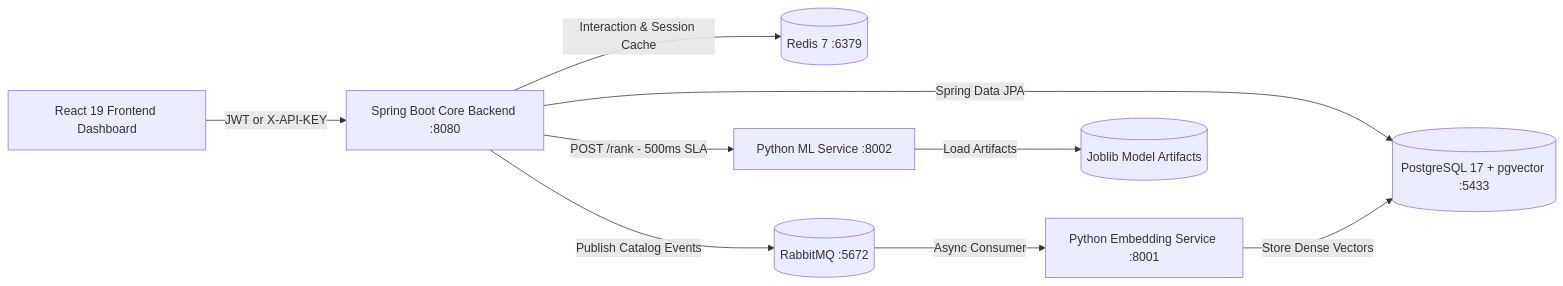
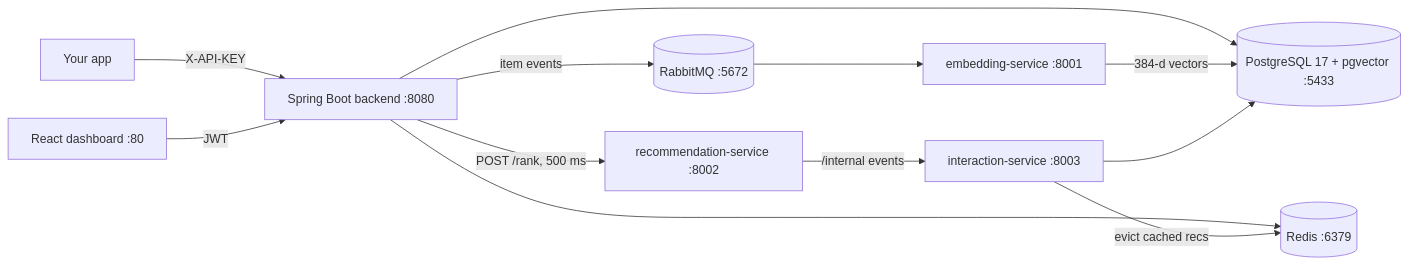
The diagram in README.md (sagar-dot-bera/susume), drawn with Mermaid before and after one commit. The commit also changed other lines of this file and 106 other files, not shown here.

````diff
--- a/README.md
+++ b/README.md
@@ -156,11 +26,14 @@
 ```mermaid
 flowchart LR
-    Client[React 19 Frontend Dashboard] -->|JWT or X-API-KEY| Backend[Spring Boot Core Backend :8080]
-    Backend -->|Spring Data JPA| DB[(PostgreSQL 17 + pgvector :5433)]
-    Backend -->|Interaction & Session Cache| Redis[(Redis 7 :6379)]
-    Backend -->|Publish Catalog Events| Rabbit[(RabbitMQ :5672)]
-    Backend -->|POST /rank - 500ms SLA| Ranker[Python ML Service :8002]
-    Rabbit -->|Async Consumer| Embedding[Python Embedding Service :8001]
-    Embedding -->|Store Dense Vectors| DB
-    Ranker -->|Load Artifacts| Models[(Joblib Model Artifacts)]
+    App[Your app] -->|X-API-KEY| Backend
+    UI[React dashboard :80] -->|JWT| Backend
+    Backend[Spring Boot backend :8080] --> DB[(PostgreSQL 17 + pgvector :5433)]
+    Backend --> Redis[(Redis :6379)]
+    Backend -->|item events| Rabbit[(RabbitMQ :5672)]
+    Rabbit --> Embedding[embedding-service :8001]
+    Embedding -->|384-d vectors| DB
+    Backend -->|POST /rank, 500 ms| Ranker[recommendation-service :8002]
+    Ranker -->|/internal events| Interactions[interaction-service :8003]
+    Interactions --> DB
+    Interactions -->|evict cached recs| Redis
 ```
````
